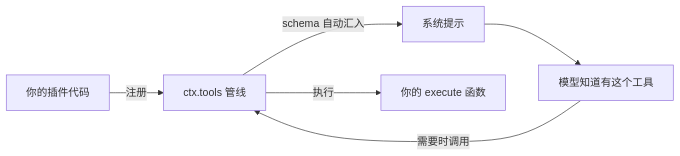
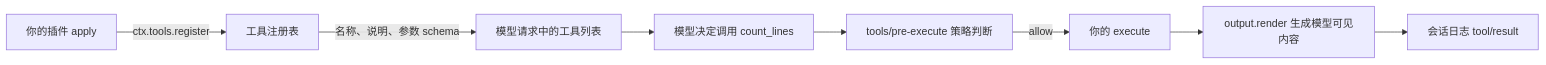
The diagram in 附录D-从零写一个插件.md (vinthuy/deepseek-harness-book), drawn with Mermaid before and after one commit. The commit also changed other lines of this file and 24 other files, not shown here.

````diff
--- a/附录D-从零写一个插件.md
+++ b/附录D-从零写一个插件.md
@@ -9,8 +9,10 @@
 ```mermaid
 flowchart LR
-    A[你的插件代码] -->|注册| B[ctx.tools 管线]
-    B -->|schema 自动汇入| C[系统提示]
-    C --> D[模型知道有这个工具]
-    D -->|需要时调用| B
-    B -->|执行| E[你的 execute 函数]
+    A[你的插件 apply] -->|ctx.tools.register| B[工具注册表]
+    B -->|名称、说明、参数 schema| C[模型请求中的工具列表]
+    C --> D[模型决定调用 count_lines]
+    D --> E[tools/pre-execute 策略判断]
+    E -->|allow| F[你的 execute]
+    F --> G[output.render 生成模型可见内容]
+    G --> H[会话日志 tool/result]
 ```
````
